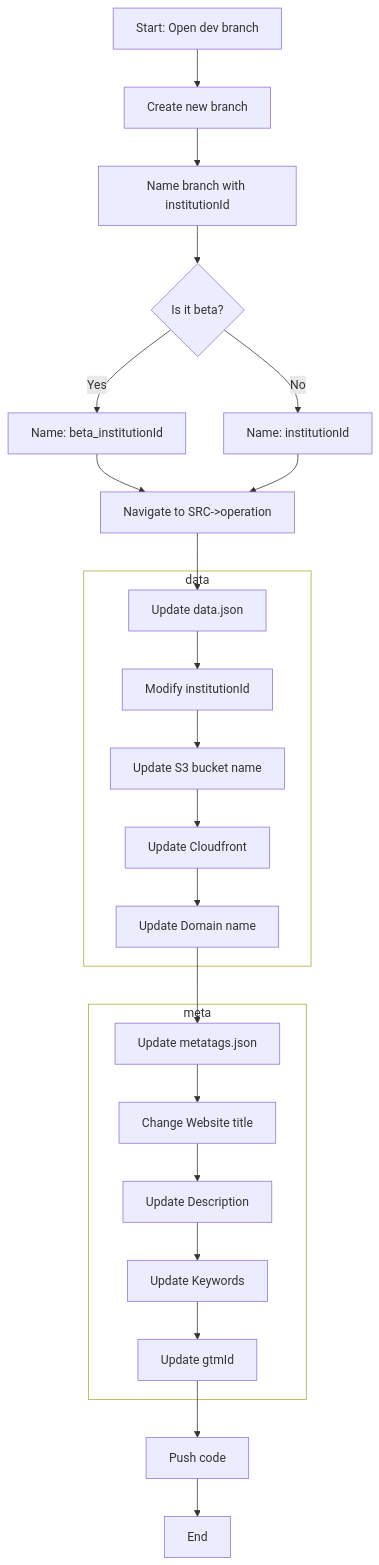
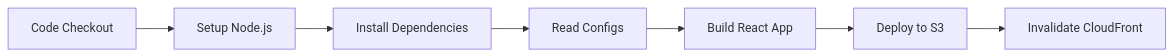
One commit to Intelligent-Cloud-Applications/code-generator changed the second of 2 diagrams in README.md. Above: the diagram before and after it, drawn with Mermaid. The commit also changed other lines of this file, not shown here.

````diff
--- a/README.md
+++ b/README.md
@@ -27,32 +90,9 @@
-```mermaid
-flowchart TD
-    A[Start: Open dev branch] --> B[Create new branch]
-    B --> C[Name branch with institutionId]
-    C --> D{Is it beta?}
-    D -->|Yes| E[Name: beta_institutionId]
-    D -->|No| F[Name: institutionId]
-    E --> G[Navigate to SRC->operation]
-    F --> G
-
-    subgraph data
-        H[Update data.json] --> I[Modify institutionId]
-        I --> J[Update S3 bucket name]
-        J --> K[Update Cloudfront]
-        K --> L[Update Domain name]
-    end
-
-    subgraph meta
-        M[Update metatags.json] --> N[Change Website title]
-        N --> O[Update Description]
-        O --> P[Update Keywords]
-        P --> Q[Update gtmId]
-    end
-
-    G --> H
-    L --> M
-    Q --> R[Push code]
-    R --> S[End]
-
-    style data fill:none
-    style meta fill:none
-```
+   ```mermaid
+   graph LR
+       A[Code Checkout] --> B[Setup Node.js]
+       B --> C[Install Dependencies]
+       C --> D[Read Configs]
+       D --> E[Build React App]
+       E --> F[Deploy to S3]
+       F --> G[Invalidate CloudFront]
+   ```
````
